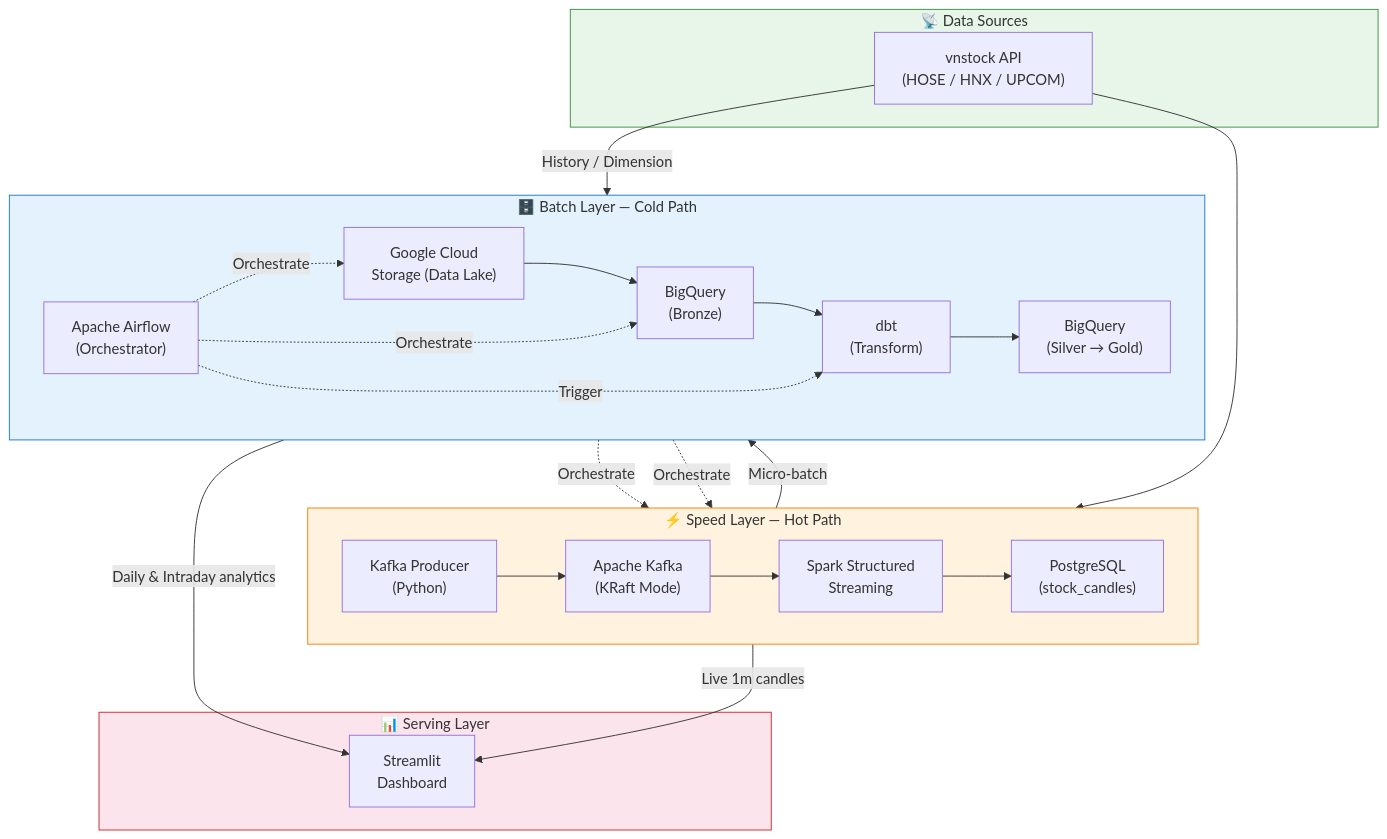
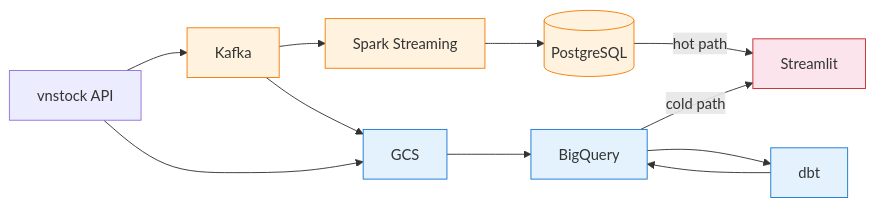
Before and after one commit to khoinguyen8903/stock_pipeline: the first of 3 diagrams in README.md, drawn with Mermaid. The commit also changed other lines of this file, not shown here.

````diff
--- a/README.md
+++ b/README.md
@@ -47,46 +42,21 @@
 ```mermaid
-flowchart TB
-    subgraph SOURCES["📡 Data Sources"]
-        API["vnstock API<br/>(HOSE / HNX / UPCOM)"]
-    end
+flowchart LR
+    API["vnstock API"] --> KAFKA["Kafka"]
+    KAFKA --> SPARK["Spark Streaming"]
+    SPARK --> PG[("PostgreSQL")]
+    KAFKA --> GCS["GCS"]
+    API --> GCS
+    GCS --> BQ["BigQuery"]
+    BQ --> DBT["dbt"]
+    DBT --> BQ
+    PG -->|"hot path"| DASH["Streamlit"]
+    BQ -->|"cold path"| DASH
 
-    subgraph SPEED["⚡ Speed Layer — Hot Path"]
-        direction LR
-        PRODUCER["Kafka Producer<br/>(Python)"]
-        KAFKA["Apache Kafka<br/>(KRaft Mode)"]
-        SPARK["Spark Structured<br/>Streaming"]
-        PG["PostgreSQL<br/>(stock_candles)"]
-    end
-
-    subgraph BATCH["🗄️ Batch Layer — Cold Path"]
-        direction LR
-        AIRFLOW["Apache Airflow<br/>(Orchestrator)"]
-        GCS["Google Cloud<br/>Storage (Data Lake)"]
-        BQ_BRONZE["BigQuery<br/>(Bronze)"]
-        DBT["dbt<br/>(Transform)"]
-        BQ_GOLD["BigQuery<br/>(Silver → Gold)"]
-    end
-
-    subgraph SERVING["📊 Serving Layer"]
-        STREAMLIT["Streamlit<br/>Dashboard"]
-    end
-
-    API --> PRODUCER --> KAFKA --> SPARK --> PG
-    KAFKA -->|Micro-batch| GCS
-    API -->|History / Dimension| GCS
-    GCS --> BQ_BRONZE --> DBT --> BQ_GOLD
-
-    PG -->|Live 1m candles| STREAMLIT
-    BQ_GOLD -->|Daily & Intraday analytics| STREAMLIT
-
-    AIRFLOW -.->|Orchestrate| PRODUCER
-    AIRFLOW -.->|Orchestrate| SPARK
-    AIRFLOW -.->|Orchestrate| GCS
-    AIRFLOW -.->|Orchestrate| BQ_BRONZE
-    AIRFLOW -.->|Trigger| DBT
-
-    style SOURCES fill:#E8F5E9,stroke:#388E3C
-    style SPEED fill:#FFF3E0,stroke:#F57C00
-    style BATCH fill:#E3F2FD,stroke:#1976D2
-    style SERVING fill:#FCE4EC,stroke:#C62828
+    style KAFKA fill:#FFF3E0,stroke:#F57C00
+    style SPARK fill:#FFF3E0,stroke:#F57C00
+    style PG fill:#FFF3E0,stroke:#F57C00
+    style GCS fill:#E3F2FD,stroke:#1976D2
+    style BQ fill:#E3F2FD,stroke:#1976D2
+    style DBT fill:#E3F2FD,stroke:#1976D2
+    style DASH fill:#FCE4EC,stroke:#C62828
 ```
````
